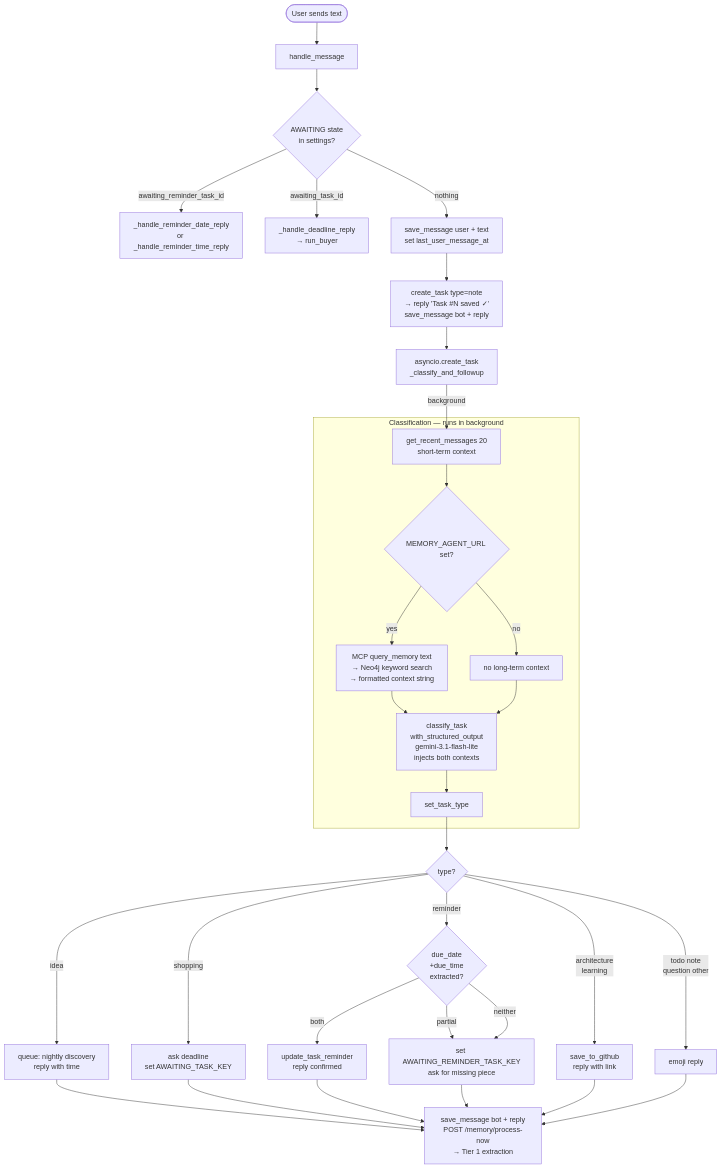
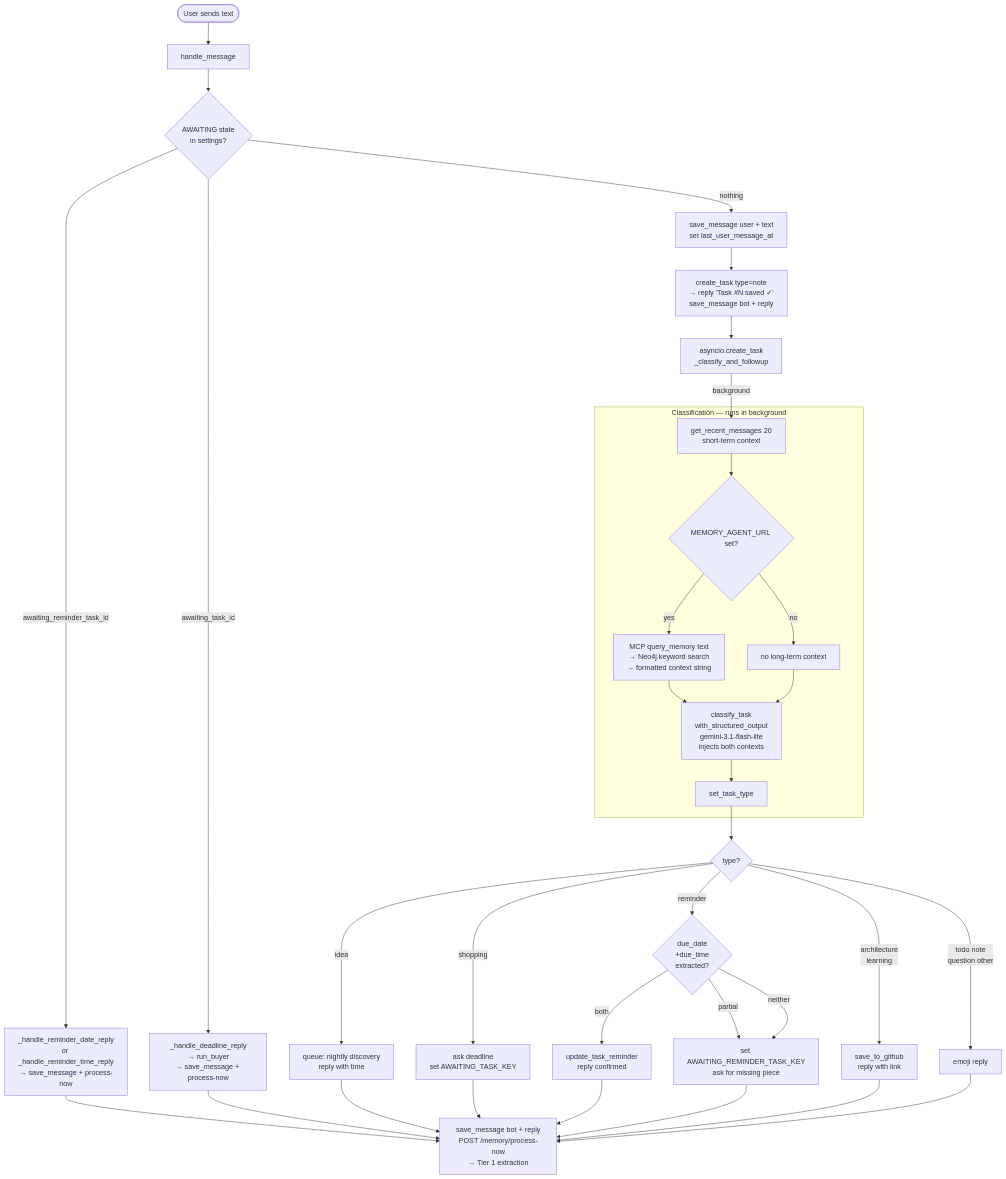
One commit to paulalexeevich/idea-bot changed the second of 8 diagrams in docs/flow.md. Above: the diagram before and after it, drawn with Mermaid. The commit also changed other lines of this file and 2 other files, not shown here.

Commit message:
docs: update CLAUDE.md, architecture.md, flow.md to reflect timezone and reminder fixes

````diff
--- a/docs/flow.md
+++ b/docs/flow.md
@@ -23,44 +23,46 @@
 ```mermaid
 flowchart TD
     A([User sends text]) --> B[handle_message]
 
     B --> C{AWAITING state\nin settings?}
-    C -->|awaiting_reminder_task_id| D[_handle_reminder_date_reply\nor _handle_reminder_time_reply]
-    C -->|awaiting_task_id| E[_handle_deadline_reply\n→ run_buyer]
+    C -->|awaiting_reminder_task_id| D[_handle_reminder_date_reply\nor _handle_reminder_time_reply\n→ save_message + process-now]
+    C -->|awaiting_task_id| E[_handle_deadline_reply\n→ run_buyer\n→ save_message + process-now]
     C -->|nothing| F
 
     F[save_message user + text\nset last_user_message_at] --> G
     G[create_task type=note\n→ reply 'Task #N saved ✓'\nsave_message bot + reply] --> H
 
     H[asyncio.create_task\n_classify_and_followup] -->|background| I
 
     subgraph CLASSIFY [Classification — runs in background]
         I[get_recent_messages 20\nshort-term context] --> J
         J{MEMORY_AGENT_URL set?}
         J -->|yes| K[MCP query_memory text\n→ Neo4j keyword search\n→ formatted context string]
         J -->|no| L[no long-term context]
         K --> M
         L --> M
         M[classify_task\nwith_structured_output\ngemini-3.1-flash-lite\ninjects both contexts] --> N[set_task_type]
     end
 
     N --> R{type?}
 
     R -->|idea| S[queue: nightly discovery\nreply with time]
     R -->|shopping| T[ask deadline\nset AWAITING_TASK_KEY]
     R -->|reminder| U{due_date\n+due_time\nextracted?}
     U -->|both| V[update_task_reminder\nreply confirmed]
     U -->|partial| W[set AWAITING_REMINDER_TASK_KEY\nask for missing piece]
     U -->|neither| W
     R -->|architecture\nlearning| X[save_to_github\nreply with link]
     R -->|todo note\nquestion other| Y[emoji reply]
 
+    D --> Z
+    E --> Z
     S --> Z
     T --> Z
     V --> Z
     W --> Z
     X --> Z
     Y --> Z
 
     Z[save_message bot + reply\nPOST /memory/process-now\n→ Tier 1 extraction]
 ```
````
